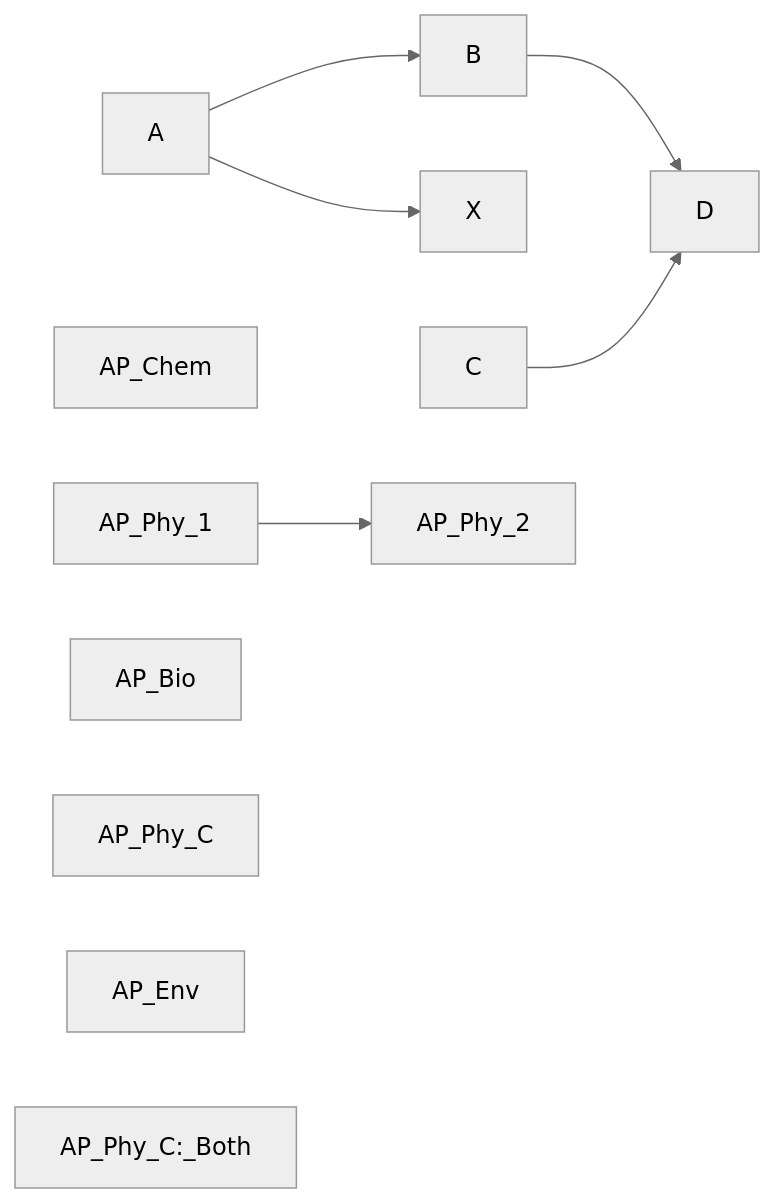
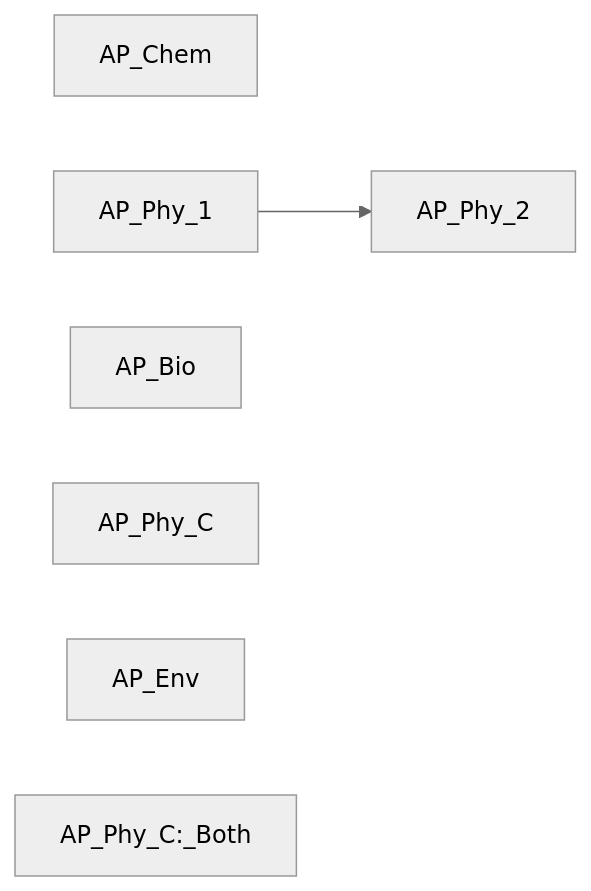
One commit to CodeFestus/shs-grw changed the diagram in classes.mmd. Above: the diagram before and after it, drawn with Mermaid (neutral theme). The commit also changed 1 other file, not shown here.

```diff
--- a/classes.mmd
+++ b/classes.mmd
@@ -1,16 +1,12 @@
 graph LR;
-    A-->B;
-    A-->X;
-    B-->D;
-    C-->D;
-    AP_Chem
-AP_Phy_1-->AP_Phy_2;
-AP_Bio;
-AP_Phy_C;
-AP_Env;
-AP_Chem;
-AP_Phy_1;
-AP_Phy_2;
-AP_Bio;
-AP_Phy_C:_Both;
-AP_Env;
+    AP_Chem;
+    AP_Phy_1-->AP_Phy_2;
+    AP_Bio;
+    AP_Phy_C;
+    AP_Env;
+    AP_Chem;
+    AP_Phy_1;
+    AP_Phy_2;
+    AP_Bio;
+    AP_Phy_C:_Both;
+    AP_Env;
```
